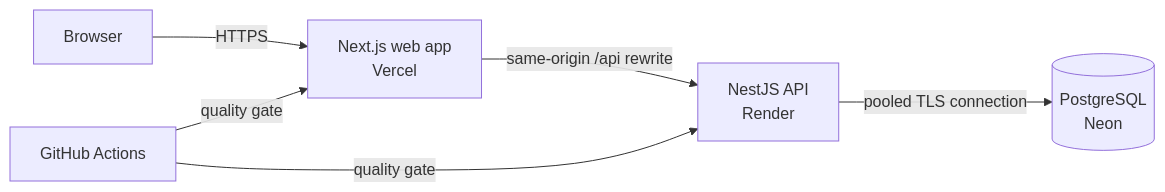
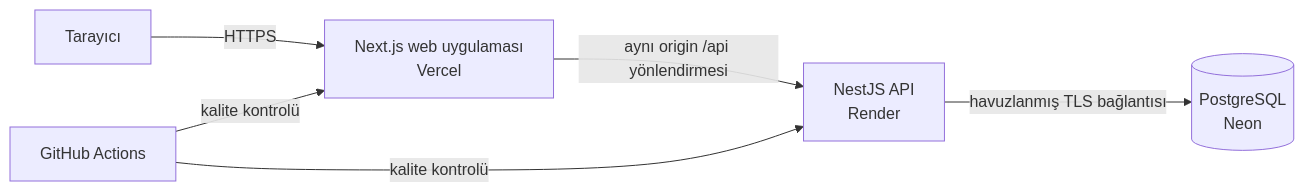
Before and after one commit to miracozmen23/servisflow: the first of 2 diagrams in README.md, drawn with Mermaid. The commit also changed other lines of this file and 3 other files, not shown here.

````diff
--- a/README.md
+++ b/README.md
@@ -41,8 +41,8 @@
 ```mermaid
 flowchart LR
-    B[Browser] -->|HTTPS| W[Next.js web app\nVercel]
-    W -->|same-origin /api rewrite| A[NestJS API\nRender]
-    A -->|pooled TLS connection| D[(PostgreSQL\nNeon)]
-    G[GitHub Actions] -->|quality gate| W
-    G -->|quality gate| A
+    B[Tarayıcı] -->|HTTPS| W[Next.js web uygulaması\nVercel]
+    W -->|aynı origin /api yönlendirmesi| A[NestJS API\nRender]
+    A -->|havuzlanmış TLS bağlantısı| D[(PostgreSQL\nNeon)]
+    G[GitHub Actions] -->|kalite kontrolü| W
+    G -->|kalite kontrolü| A
 ```
````
